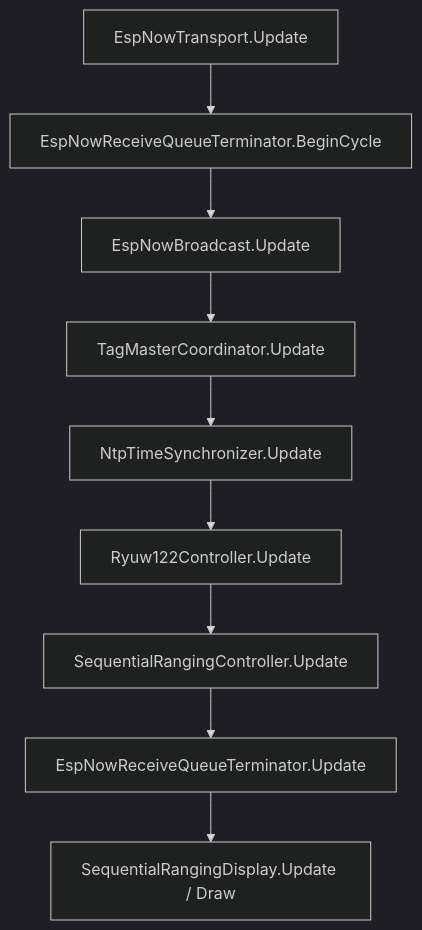
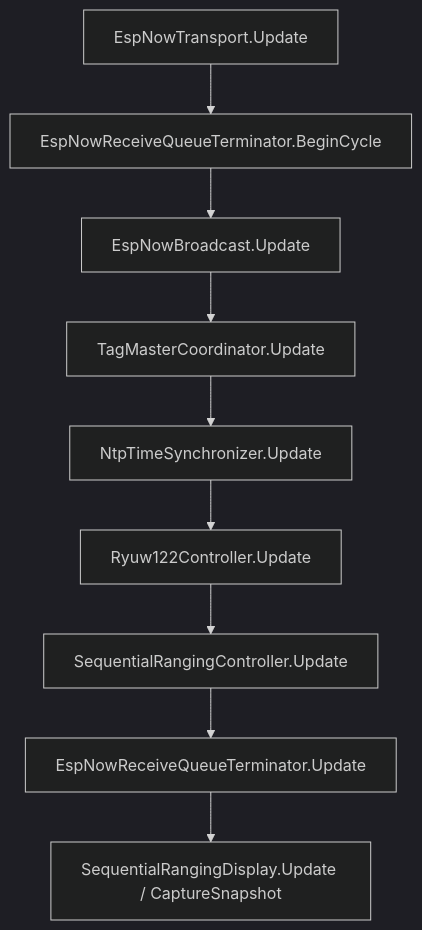
Before and after one commit to ssaattww/RYUW122_M5StickS3: the second of 4 diagrams in docs/current-class-architecture.md, drawn with Mermaid (dark theme). The commit also changed other lines of this file and 35 other files, not shown here.

````diff
--- a/docs/current-class-architecture.md
+++ b/docs/current-class-architecture.md
@@ -124,11 +140,11 @@
 ```mermaid
 flowchart TD
     A[EspNowTransport.Update] --> B[EspNowReceiveQueueTerminator.BeginCycle]
     B --> C[EspNowBroadcast.Update]
     C --> D[TagMasterCoordinator.Update]
     D --> E[NtpTimeSynchronizer.Update]
     E --> F[Ryuw122Controller.Update]
     F --> G[SequentialRangingController.Update]
     G --> H[EspNowReceiveQueueTerminator.Update]
-    H --> I[SequentialRangingDisplay.Update / Draw]
+    H --> I[SequentialRangingDisplay.Update / CaptureSnapshot]
 ```
````
